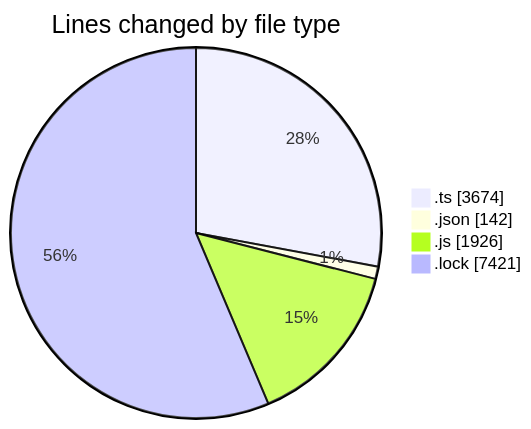
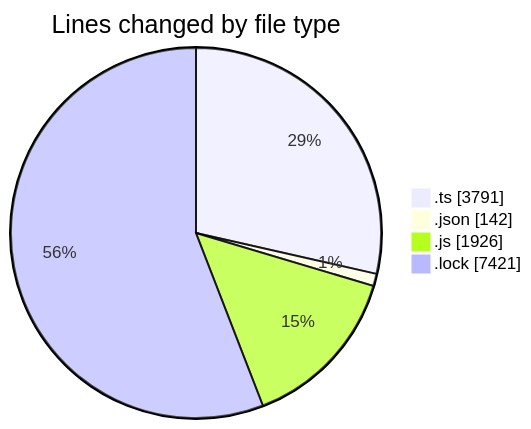
One commit to momahboobian/code-tracking changed the first of 2 diagrams in 2025-07-30/cda/README.md. Above: the diagram before and after it, drawn with Mermaid. The commit also changed other lines of this file and 1 other file, not shown here.

````diff
--- a/2025-07-30/cda/README.md
+++ b/2025-07-30/cda/README.md
@@ -29,8 +29,8 @@
 ```mermaid
 pie showData
 title Lines changed by file type
-".ts" : 3674
+".ts" : 3791
 ".json" : 142
 ".js" : 1926
 ".lock" : 7421
 ```
````
